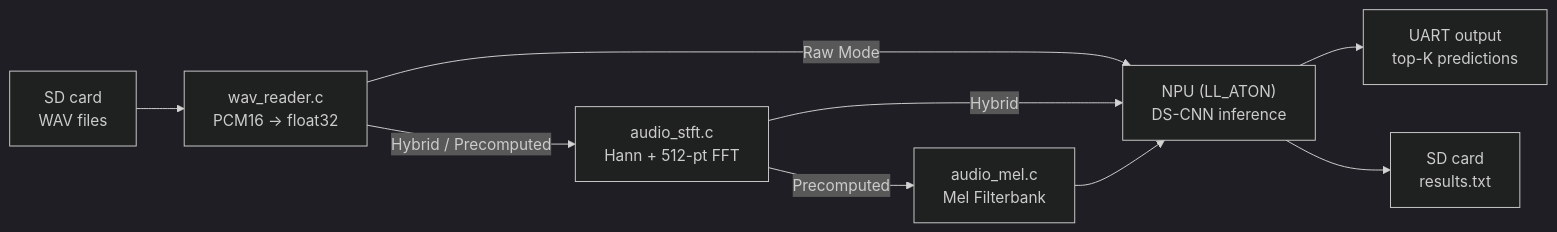
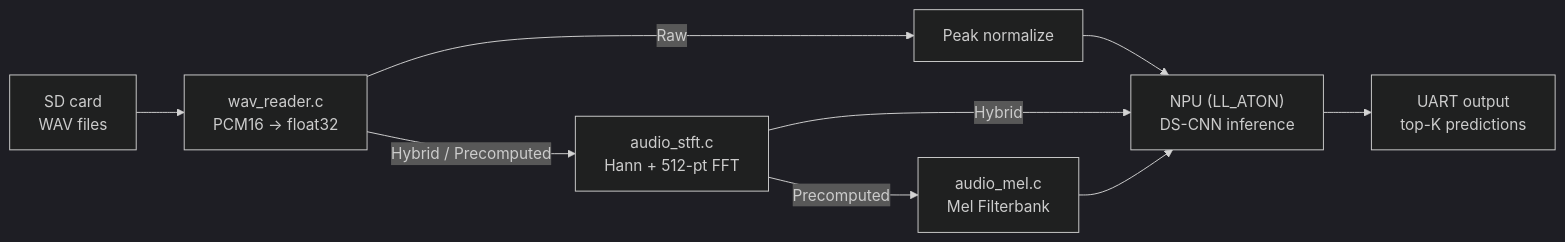
One commit to birdnet-team/birdnet-stm32 changed the diagram in docs/firmware/index.md. Above: the diagram before and after it, drawn with Mermaid (dark theme). The commit also changed other lines of this file and 20 other files, not shown here.

````diff
--- a/docs/firmware/index.md
+++ b/docs/firmware/index.md
@@ -30,11 +29,10 @@
 ```mermaid
 flowchart LR
     SD["SD card<br/>WAV files"] --> WAV["wav_reader.c<br/>PCM16 → float32"]
     WAV --> |Hybrid / Precomputed| STFT["audio_stft.c<br/>Hann + 512-pt FFT"]
-    WAV --> |Raw Mode| NPU
+    WAV --> |Raw| NORM["Peak normalize"] --> NPU
     STFT --> |Precomputed| Mel["audio_mel.c<br/>Mel Filterbank"]
     STFT --> |Hybrid| NPU["NPU (LL_ATON)<br/>DS-CNN inference"]
     Mel --> NPU
     NPU --> UART["UART output<br/>top-K predictions"]
-    NPU --> RES["SD card<br/>results.txt"]
 ```
````
